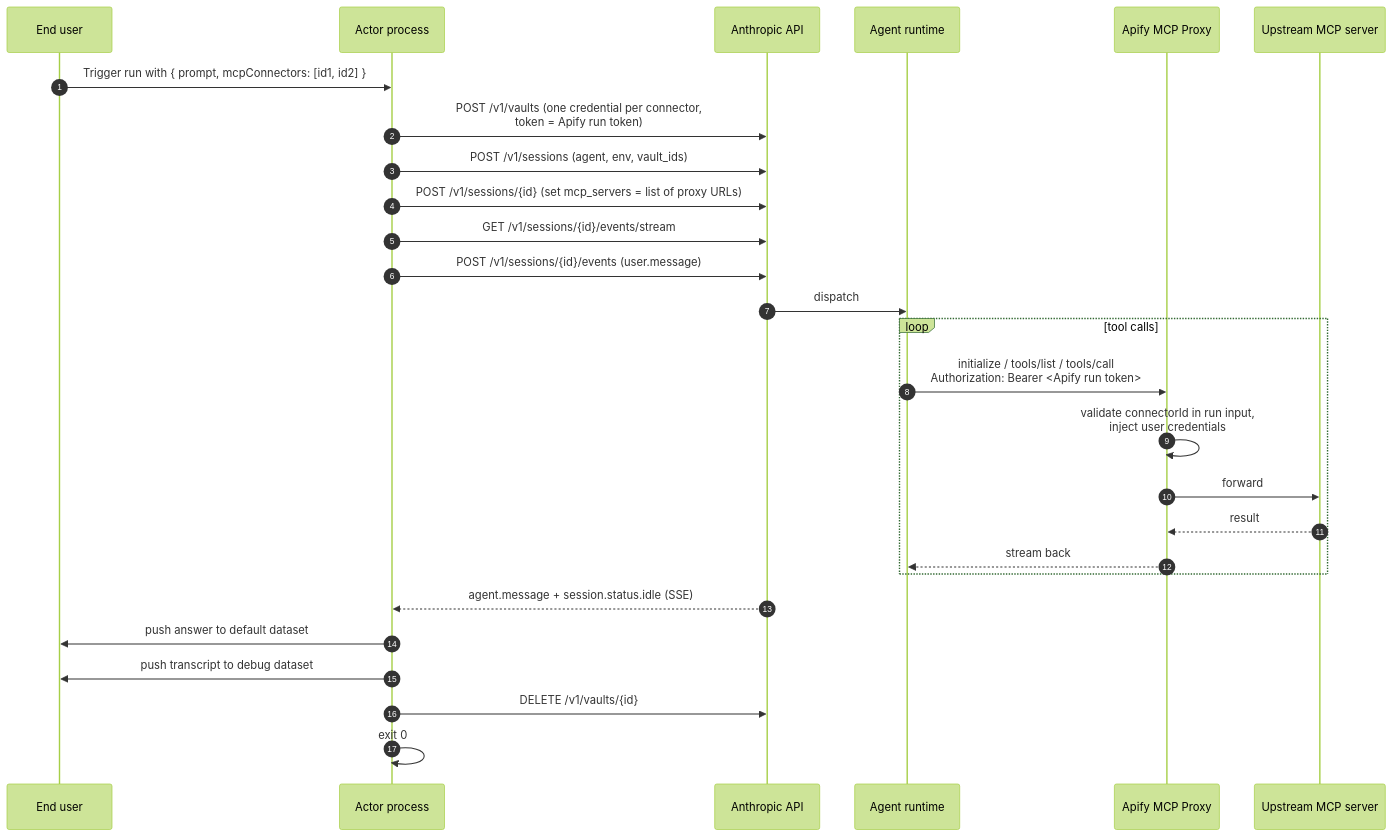
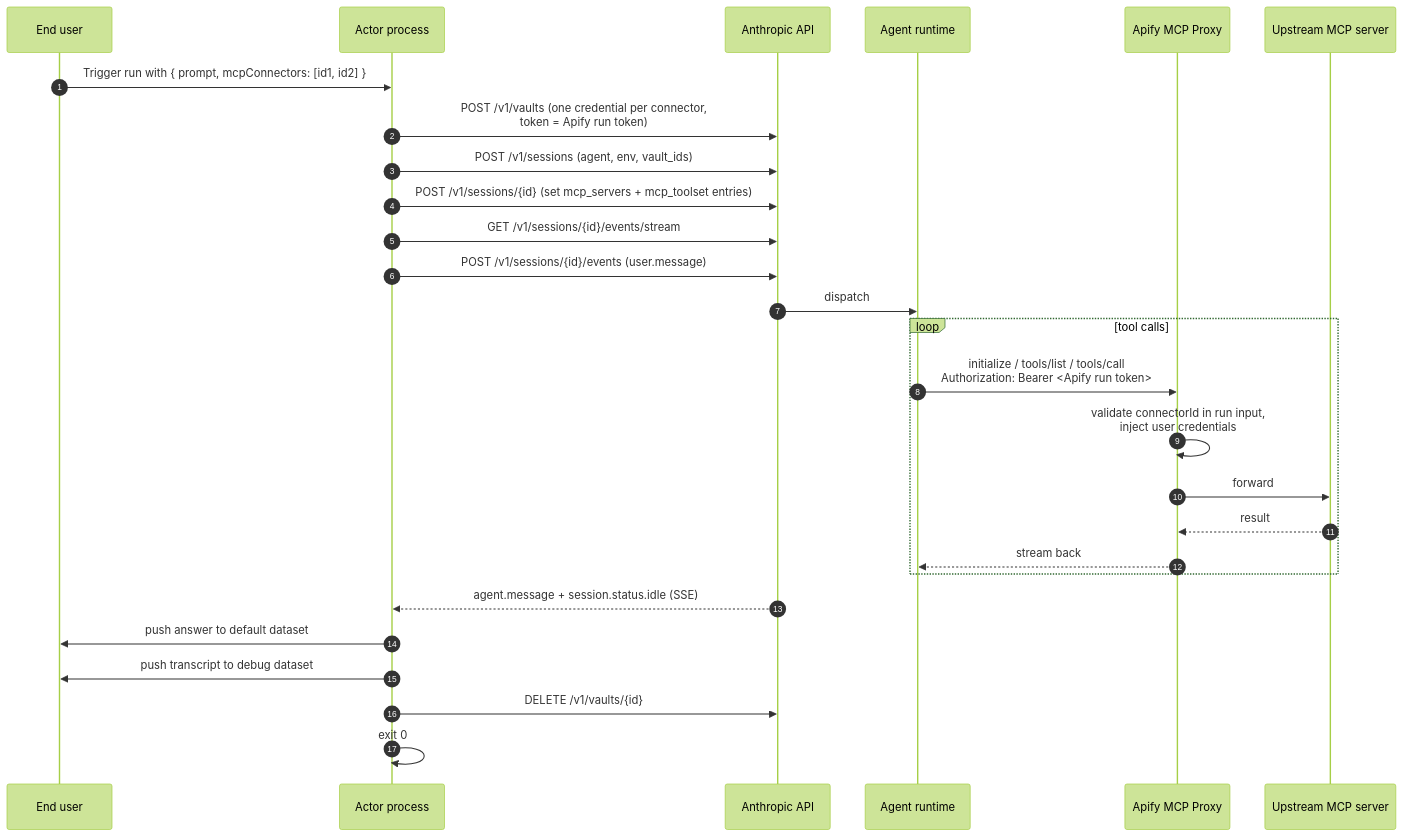
Before and after one commit to apify/actor-claude-managed-agent: the diagram in PLAN.md, drawn with Mermaid (forest theme). The commit also changed other lines of this file, not shown here.

Commit message:
docs(plan): lock MCP-replacement rule; developer agent must have empty mcp_servers; remove last open item

````diff
--- a/PLAN.md
+++ b/PLAN.md
@@ -52,30 +52,30 @@
 ```mermaid
 sequenceDiagram
     autonumber
     participant U as End user
     participant A as Actor process
     participant N as Anthropic API
     participant G as Agent runtime
     participant P as Apify MCP Proxy
     participant X as Upstream MCP server
 
     U->>A: Trigger run with { prompt, mcpConnectors: [id1, id2] }
     A->>N: POST /v1/vaults (one credential per connector,<br/>token = Apify run token)
     A->>N: POST /v1/sessions (agent, env, vault_ids)
-    A->>N: POST /v1/sessions/{id} (set mcp_servers = list of proxy URLs)
+    A->>N: POST /v1/sessions/{id} (set mcp_servers + mcp_toolset entries)
     A->>N: GET /v1/sessions/{id}/events/stream
     A->>N: POST /v1/sessions/{id}/events (user.message)
     N->>G: dispatch
     loop tool calls
         G->>P: initialize / tools/list / tools/call<br/>Authorization: Bearer <Apify run token>
         P->>P: validate connectorId in run input,<br/>inject user credentials
         P->>X: forward
         X-->>P: result
         P-->>G: stream back
     end
     N-->>A: agent.message + session.status.idle (SSE)
     A->>U: push answer to default dataset
     A->>U: push transcript to debug dataset
     A->>N: DELETE /v1/vaults/{id}
     A->>A: exit 0
 ```
````
